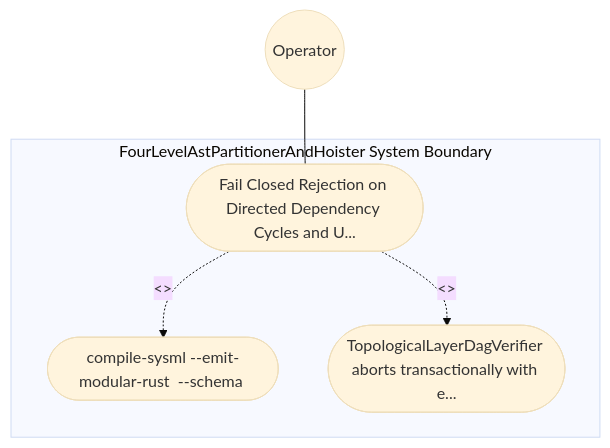
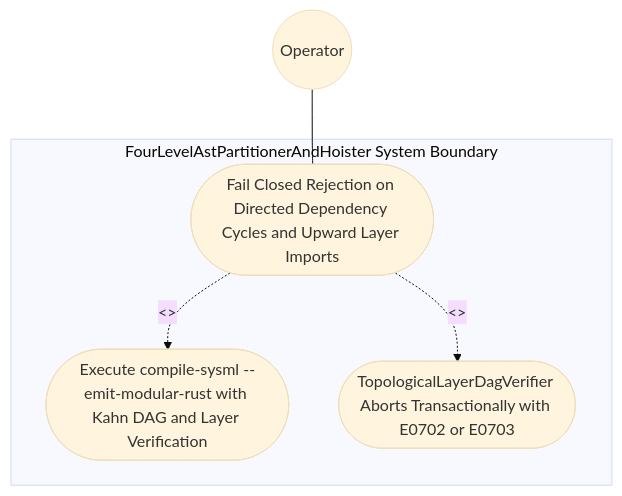
Before and after one commit to gintatkinson/DEAP01-spec-core: the diagram in .pipeline/upstream/docs/use-cases/UC-32-Fail_Closed_Rejection_on_Directed_Dependency_Cycles_and_Upward_Layer_Imports.md, drawn with Mermaid (base theme). The commit also changed other lines of this file and 225 other files, not shown here.

````diff
--- a/.pipeline/upstream/docs/use-cases/UC-32-Fail_Closed_Rejection_on_Directed_Dependency_Cycles_and_Upward_Layer_Imports.md
+++ b/.pipeline/upstream/docs/use-cases/UC-32-Fail_Closed_Rejection_on_Directed_Dependency_Cycles_and_Upward_Layer_Imports.md
@@ -16,11 +16,11 @@
 ```mermaid
 graph TD
     subgraph "FourLevelAstPartitionerAndHoister System Boundary"
-        UC_Main(["Fail Closed Rejection on Directed Dependency Cycles and U..."])
-        UC_Step01(["compile-sysml --emit-modular-rust <OUT_DIR> --schema <FIX..."])
-        UC_Step02(["TopologicalLayerDagVerifier aborts transactionally with e..."])
+        UC_Main(["Fail Closed Rejection on Directed Dependency Cycles and Upward Layer Imports"])
+        UC_Step01(["Execute compile-sysml --emit-modular-rust with Kahn DAG and Layer Verification"])
+        UC_Step02(["TopologicalLayerDagVerifier Aborts Transactionally with E0702 or E0703"])
     end
     Operator(("Operator")) --- UC_Main
     UC_Main -. "<<include>>" .-> UC_Step01
     UC_Main -. "<<include>>" .-> UC_Step02
 ```
````
